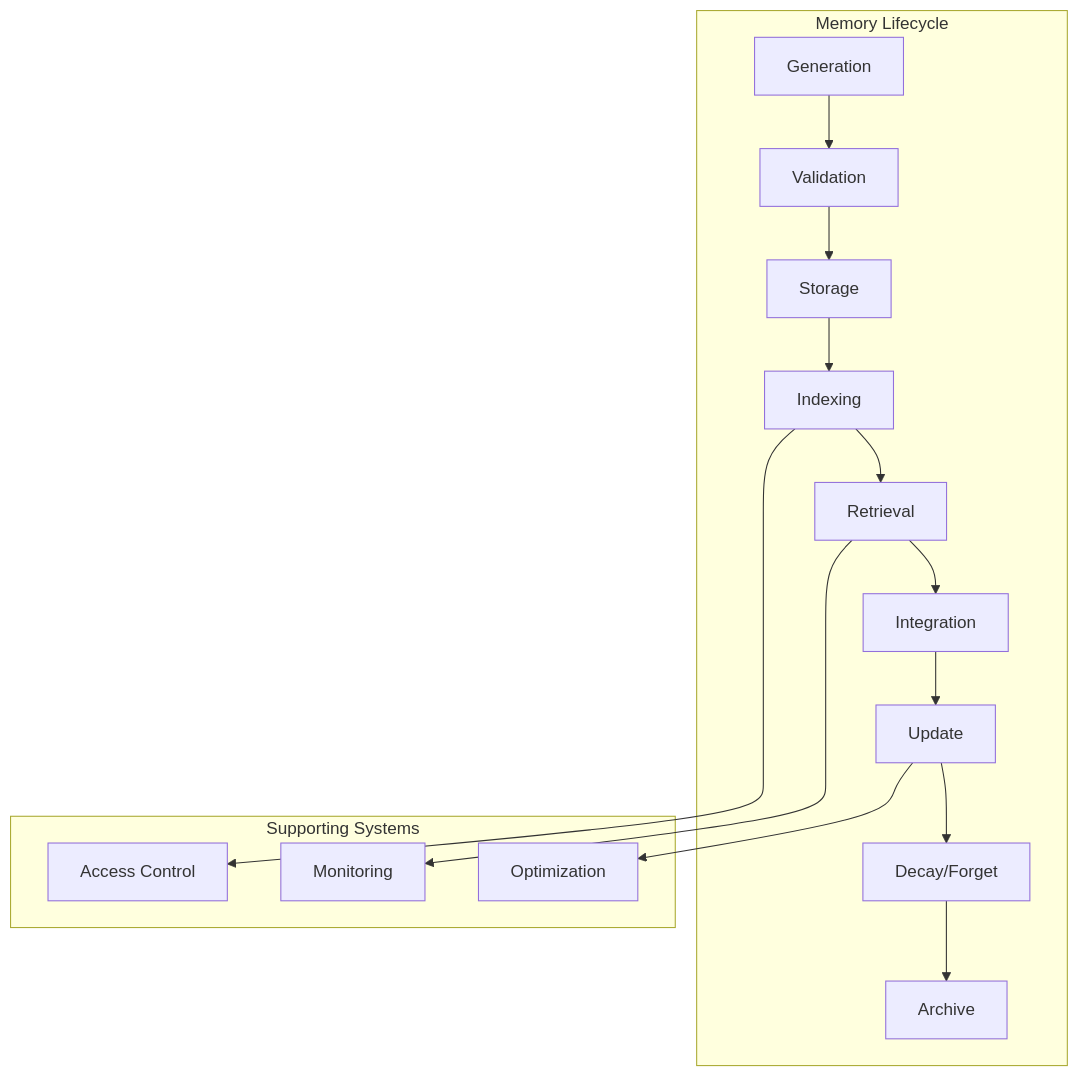
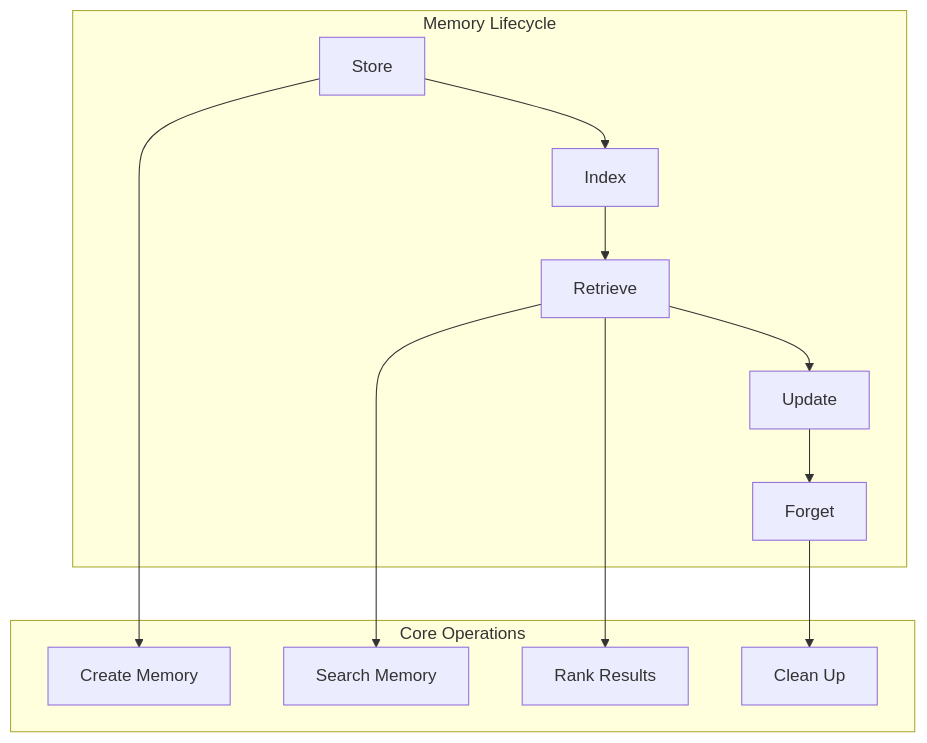
Before and after one commit to bredmond1019/learn-ai: the diagram in content/learn/paths/agent-memory-systems/modules/03-building-memory-management.mdx, drawn with Mermaid. The commit also changed other lines of this file and 81 other files, not shown here.

````diff
--- a/content/learn/paths/agent-memory-systems/modules/03-building-memory-management.mdx
+++ b/content/learn/paths/agent-memory-systems/modules/03-building-memory-management.mdx
@@ -22,23 +37,21 @@
 ```mermaid
 graph TB
     subgraph "Memory Lifecycle"
-        A[Generation] --> B[Validation]
-        B --> C[Storage]
-        C --> D[Indexing]
-        D --> E[Retrieval]
-        E --> F[Integration]
-        F --> G[Update]
-        G --> H[Decay/Forget]
-        H --> I[Archive]
+        A[Store] --> B[Index]
+        B --> C[Retrieve]
+        C --> D[Update]
+        D --> E[Forget]
     end
     
-    subgraph "Supporting Systems"
-        J[Access Control]
-        K[Monitoring]
-        L[Optimization]
+    subgraph "Core Operations"
+        F[Create Memory]
+        G[Search Memory]
+        H[Rank Results]
+        I[Clean Up]
     end
     
-    D --> J
-    E --> K
-    G --> L
+    A --> F
+    C --> G
+    C --> H
+    E --> I
 ```
````
